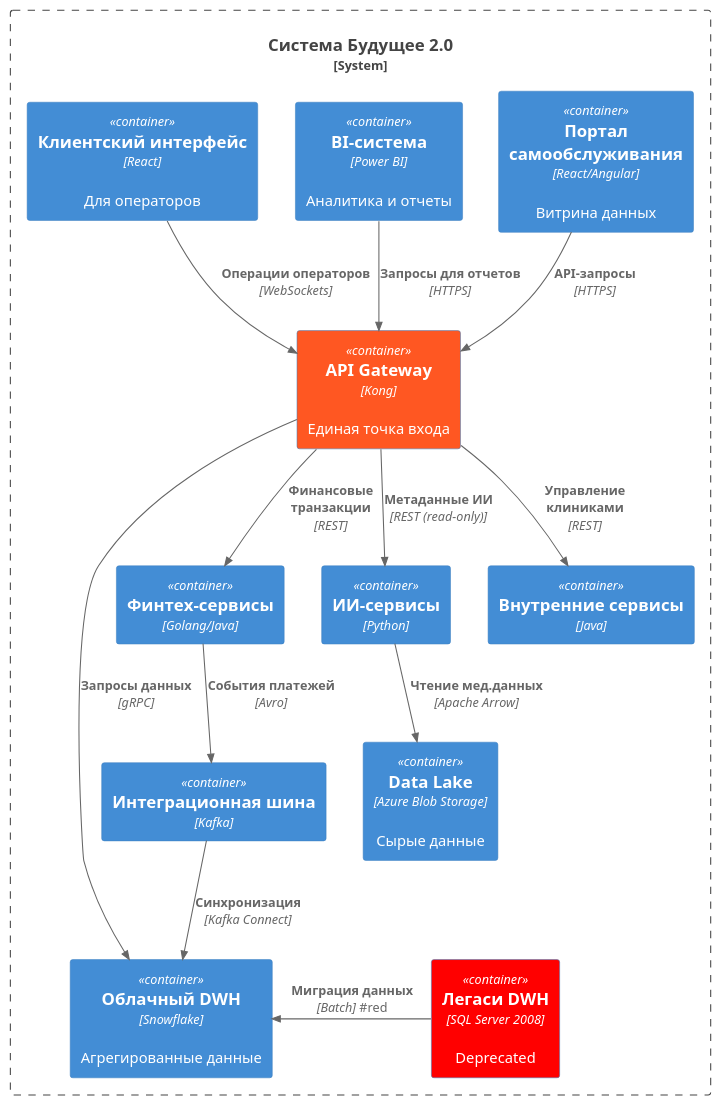
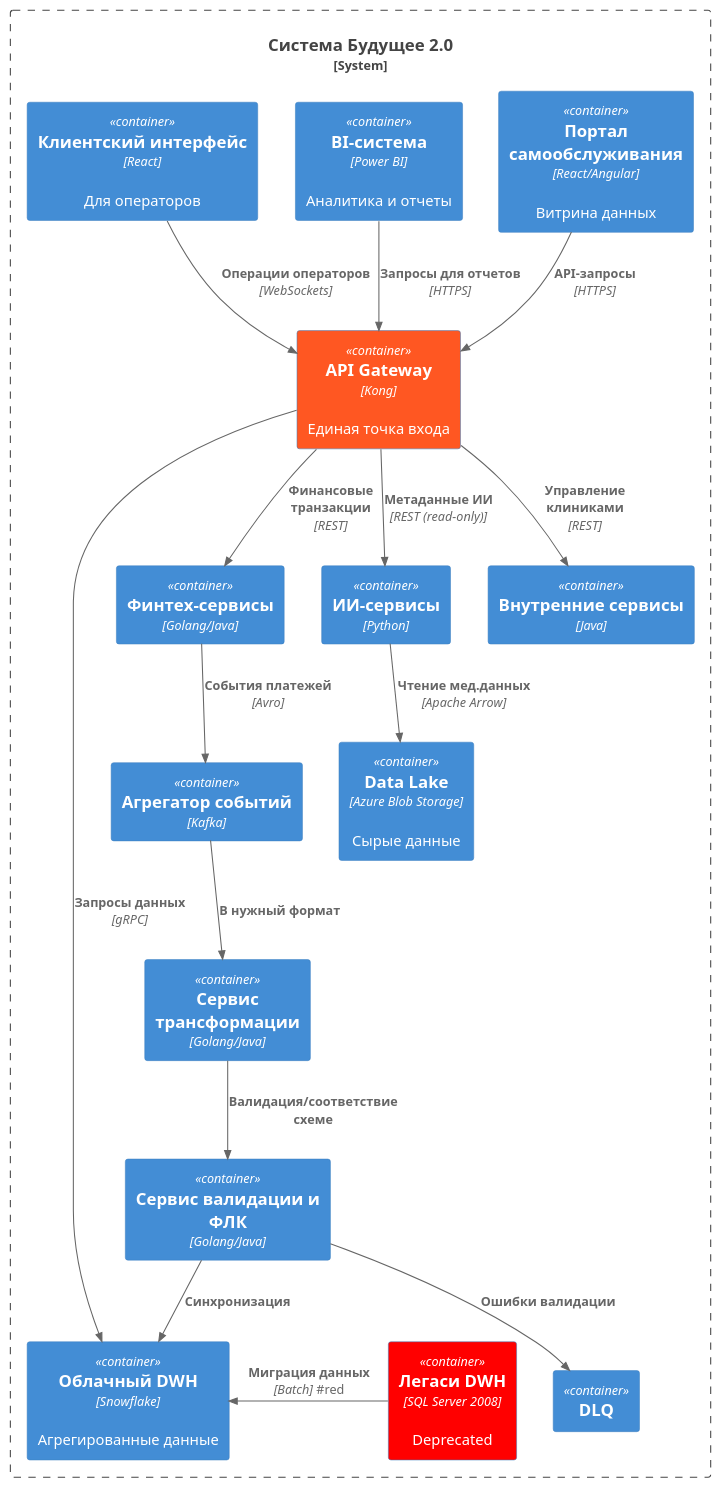
The diagram in Task1/ README.md (bobrovilya/architecture-future_2_0), drawn with PlantUML before and after one commit. The commit also changed other lines of this file and 1 other file, not shown here.

Commit message:
доработка

````diff
--- a/Task1/ README.md
+++ b/Task1/ README.md
@@ -6,35 +6,41 @@
 ```puml
 @startuml
 !include https://raw.githubusercontent.com/plantuml-stdlib/C4-PlantUML/master/C4_Container.puml
 
 System_Boundary(c1, "Система Будущее 2.0") {
     Container(portal, "Портал самообслуживания", "React/Angular", "Витрина данных")
     Container(bi, "BI-система", "Power BI", "Аналитика и отчеты")
     Container(dwh, "Облачный DWH", "Snowflake", "Агрегированные данные")
     Container(datalake, "Data Lake", "Azure Blob Storage", "Сырые данные")
     Container(legacy_dwh, "Легаси DWH", "SQL Server 2008", "Deprecated") #red
     
     Container(fintech, "Финтех-сервисы", "Golang/Java")
     Container(ai, "ИИ-сервисы", "Python")
     Container(internal, "Внутренние сервисы", "Java")
     
     Container(gateway, "API Gateway", "Kong", "Единая точка входа") #FF5722
-    Container(bus, "Интеграционная шина", "Kafka")
+    Container(kafka, "Агрегатор событий", "Kafka")
+    Container(transformer, "Сервис трансформации", "Golang/Java")
+    Container(validator, "Сервис валидации и ФЛК", "Golang/Java")
+    Container(dlq, "DLQ", "")
     Container(ui, "Клиентский интерфейс", "React", "Для операторов")
 }
 
 Rel(portal, gateway, "API-запросы", "HTTPS")
 Rel(gateway, dwh, "Запросы данных", "gRPC")
 Rel(gateway, fintech, "Финансовые транзакции", "REST")
 Rel(gateway, internal, "Управление клиниками", "REST")
 Rel(gateway, ai, "Метаданные ИИ", "REST (read-only)")
 
 Rel(bi, gateway, "Запросы для отчетов", "HTTPS")
 Rel(ui, gateway, "Операции операторов", "WebSockets")
 
 Rel(ai, datalake, "Чтение мед.данных", "Apache Arrow")
-Rel(fintech, bus, "События платежей", "Avro")
-Rel(bus, dwh, "Синхронизация", "Kafka Connect")
+Rel(fintech, kafka, "События платежей", "Avro")
+Rel(kafka, transformer, "В нужный формат", "")
+Rel(transformer, validator, "Валидация/соответствие схеме", "")
+Rel(validator, dwh, "Синхронизация", "")
+Rel(validator, dlq, "Ошибки валидации", "")
 Rel_L(legacy_dwh, dwh, "Миграция данных", "Batch") #red
 @enduml
 ```
````
